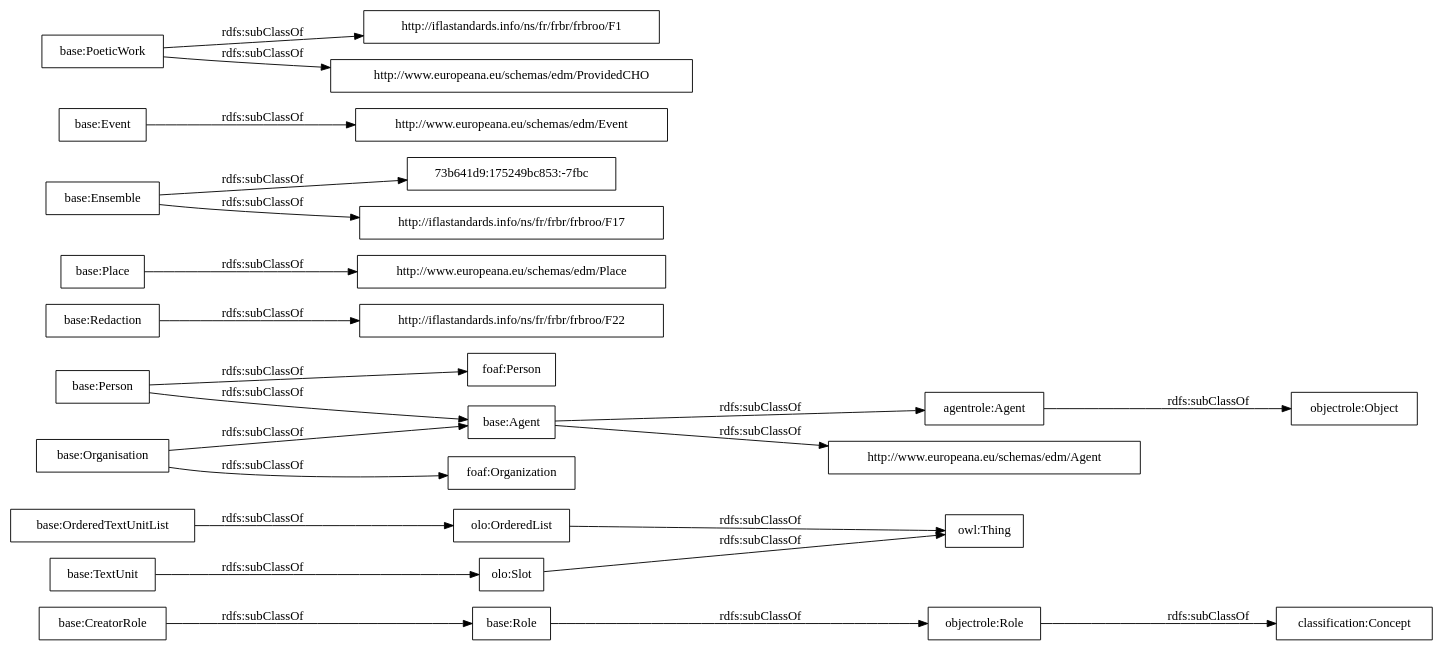
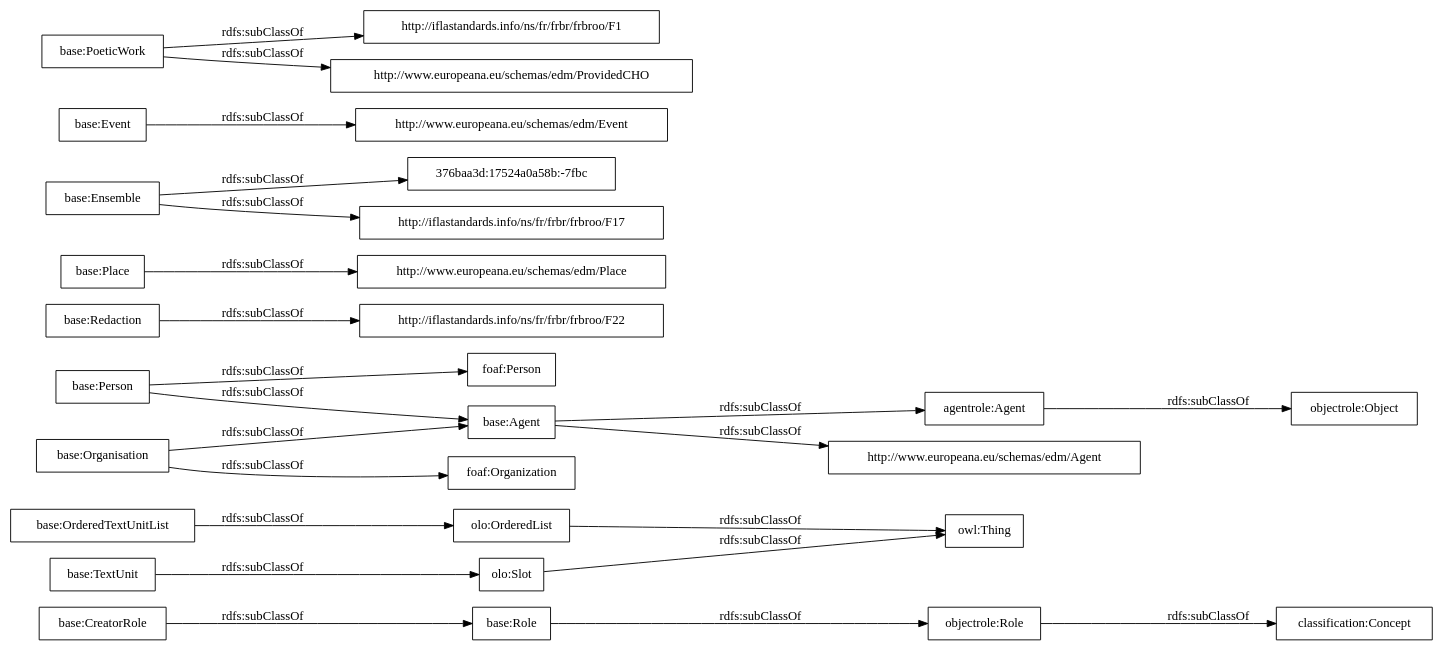
Before and after one commit to OnToologyUser/core-ontology-1: the diagram in OnToology/postdata-core.owl/diagrams/ar2dtool-taxonomy/postdata-core.owl.png.dot, drawn with Graphviz. The commit also changed 14 other files, not shown here.

```diff
--- a/OnToology/postdata-core.owl/diagrams/ar2dtool-taxonomy/postdata-core.owl.png.dot
+++ b/OnToology/postdata-core.owl/diagrams/ar2dtool-taxonomy/postdata-core.owl.png.dot
@@ -1,27 +1,27 @@
 digraph ar2dtool_diagram { 
 rankdir=LR;
 size="1000"
-node [shape = rectangle, color="black"]; "base:Role" "base:OrderedTextUnitList" "agentrole:Agent" "http://iflastandards.info/ns/fr/frbr/frbroo/F22" "http://www.europeana.eu/schemas/edm/Agent" "base:Agent" "base:CreatorRole" "base:Person" "base:Organisation" "http://www.europeana.eu/schemas/edm/Place" "base:Redaction" "base:Ensemble" "foaf:Person" "http://www.europeana.eu/schemas/edm/Event" "base:TextUnit" "http://iflastandards.info/ns/fr/frbr/frbroo/F1" "foaf:Organization" "http://www.europeana.eu/schemas/edm/ProvidedCHO" "base:Place" "73b641d9:175249bc853:-7fbc" "base:Event" "base:PoeticWork" "http://iflastandards.info/ns/fr/frbr/frbroo/F17" "owl:Thing" "objectrole:Role" "objectrole:Object" "olo:Slot" "olo:OrderedList" "classification:Concept" ; /*classes style*/
+node [shape = rectangle, color="black"]; "base:Role" "base:OrderedTextUnitList" "agentrole:Agent" "http://iflastandards.info/ns/fr/frbr/frbroo/F22" "http://www.europeana.eu/schemas/edm/Agent" "base:Agent" "base:CreatorRole" "base:Person" "base:Organisation" "http://www.europeana.eu/schemas/edm/Place" "base:Redaction" "376baa3d:17524a0a58b:-7fbc" "base:Ensemble" "foaf:Person" "http://www.europeana.eu/schemas/edm/Event" "base:TextUnit" "http://iflastandards.info/ns/fr/frbr/frbroo/F1" "foaf:Organization" "http://www.europeana.eu/schemas/edm/ProvidedCHO" "base:Place" "base:Event" "base:PoeticWork" "http://iflastandards.info/ns/fr/frbr/frbroo/F17" "owl:Thing" "objectrole:Role" "objectrole:Object" "olo:Slot" "olo:OrderedList" "classification:Concept" ; /*classes style*/
 	"base:Redaction" -> "http://iflastandards.info/ns/fr/frbr/frbroo/F22" [ label = "rdfs:subClassOf" ];
 	"base:Role" -> "objectrole:Role" [ label = "rdfs:subClassOf" ];
 	"base:Event" -> "http://www.europeana.eu/schemas/edm/Event" [ label = "rdfs:subClassOf" ];
 	"base:Person" -> "foaf:Person" [ label = "rdfs:subClassOf" ];
 	"base:Person" -> "base:Agent" [ label = "rdfs:subClassOf" ];
 	"olo:OrderedList" -> "owl:Thing" [ label = "rdfs:subClassOf" ];
 	"olo:Slot" -> "owl:Thing" [ label = "rdfs:subClassOf" ];
 	"base:PoeticWork" -> "http://www.europeana.eu/schemas/edm/ProvidedCHO" [ label = "rdfs:subClassOf" ];
 	"base:PoeticWork" -> "http://iflastandards.info/ns/fr/frbr/frbroo/F1" [ label = "rdfs:subClassOf" ];
 	"base:TextUnit" -> "olo:Slot" [ label = "rdfs:subClassOf" ];
 	"agentrole:Agent" -> "objectrole:Object" [ label = "rdfs:subClassOf" ];
-	"base:Ensemble" -> "73b641d9:175249bc853:-7fbc" [ label = "rdfs:subClassOf" ];
+	"base:Ensemble" -> "376baa3d:17524a0a58b:-7fbc" [ label = "rdfs:subClassOf" ];
 	"base:Ensemble" -> "http://iflastandards.info/ns/fr/frbr/frbroo/F17" [ label = "rdfs:subClassOf" ];
 	"base:OrderedTextUnitList" -> "olo:OrderedList" [ label = "rdfs:subClassOf" ];
 	"base:Agent" -> "agentrole:Agent" [ label = "rdfs:subClassOf" ];
 	"base:Agent" -> "http://www.europeana.eu/schemas/edm/Agent" [ label = "rdfs:subClassOf" ];
 	"objectrole:Role" -> "classification:Concept" [ label = "rdfs:subClassOf" ];
 	"base:Place" -> "http://www.europeana.eu/schemas/edm/Place" [ label = "rdfs:subClassOf" ];
 	"base:Organisation" -> "foaf:Organization" [ label = "rdfs:subClassOf" ];
 	"base:Organisation" -> "base:Agent" [ label = "rdfs:subClassOf" ];
 	"base:CreatorRole" -> "base:Role" [ label = "rdfs:subClassOf" ];
 
 }
```
